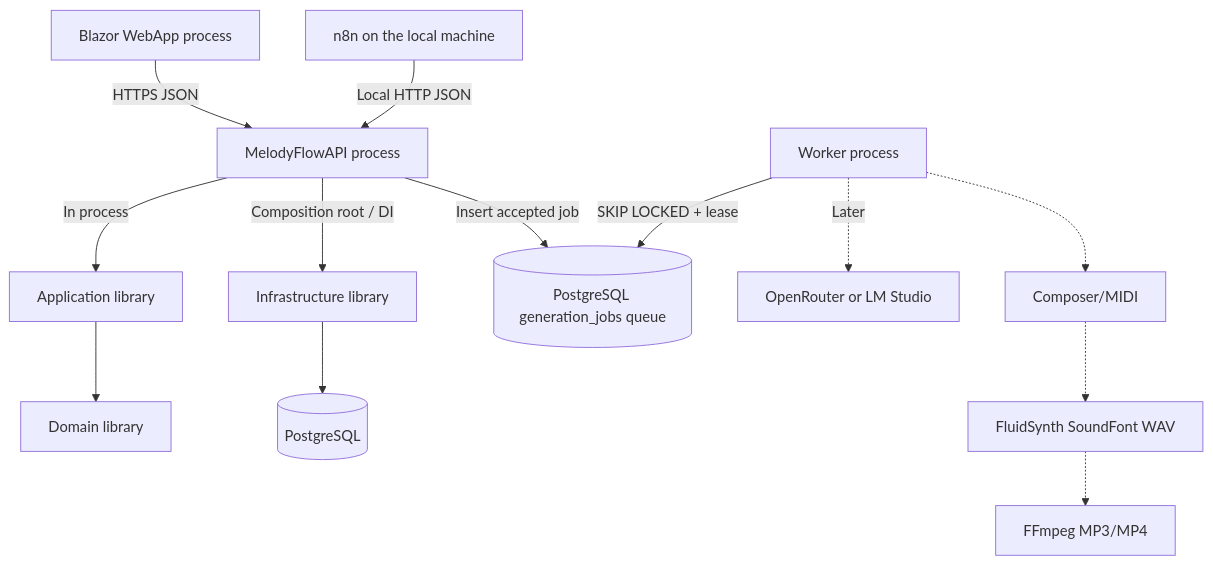
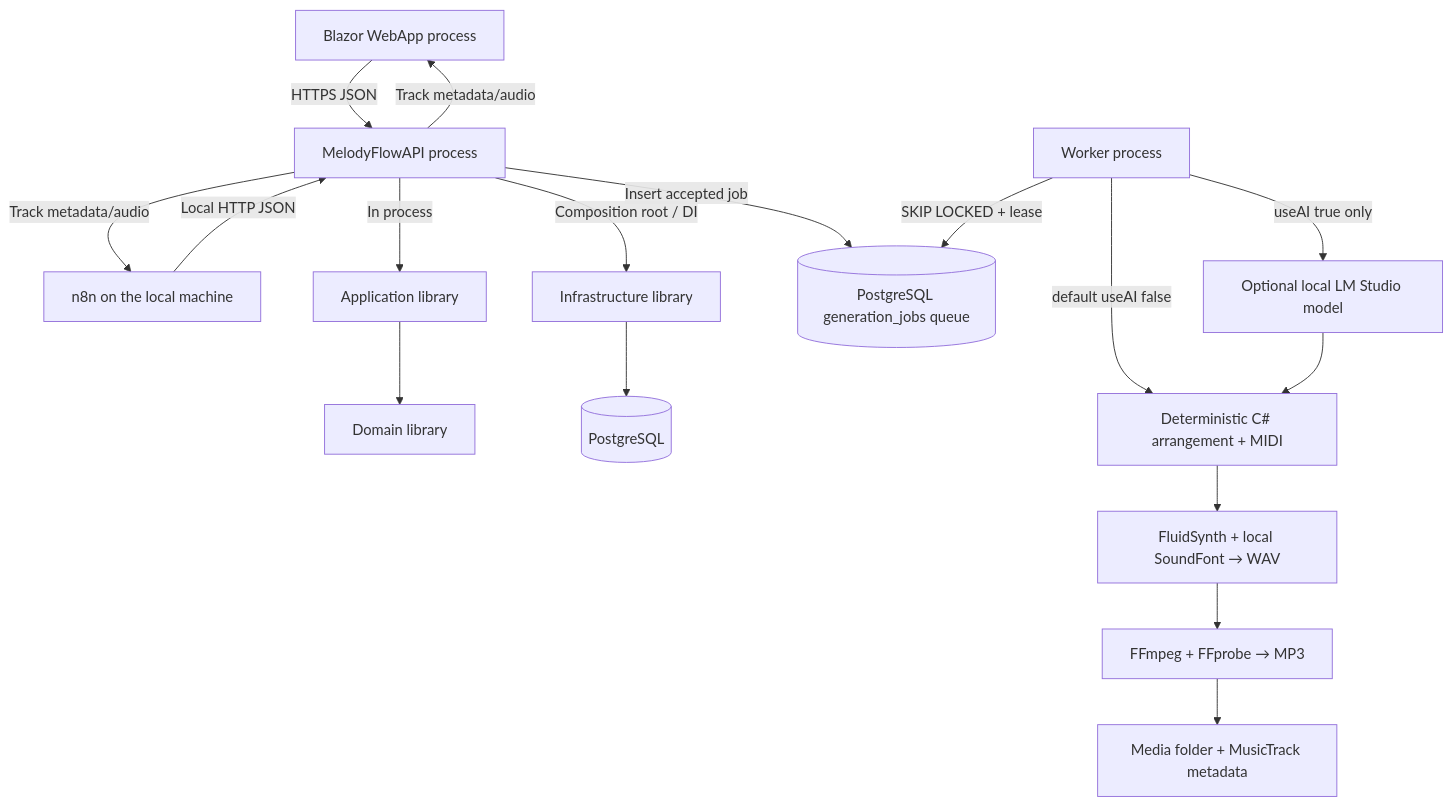
Before and after one commit to JoseCalderon18/MelodyFlow: the diagram in docs/ARCHITECTURE.md, drawn with Mermaid. The commit also changed other lines of this file and 101 other files, not shown here.

````diff
--- a/docs/ARCHITECTURE.md
+++ b/docs/ARCHITECTURE.md
@@ -5,15 +5,19 @@
 ```mermaid
 flowchart TD
   UI[Blazor WebApp process] -->|HTTPS JSON| API[MelodyFlowAPI process]
   N[n8n on the local machine] -->|Local HTTP JSON| API
   API -->|In process| A[Application library]
   A --> D[Domain library]
   API -->|Composition root / DI| I[Infrastructure library]
   I --> PG[(PostgreSQL)]
   API -->|Insert accepted job| Q[(PostgreSQL generation_jobs queue)]
   W[Worker process] -->|SKIP LOCKED + lease| Q
-  W -.->|Later| L[OpenRouter or LM Studio]
-  W -.-> MIDI[Composer/MIDI]
-  MIDI -.-> FS[FluidSynth SoundFont WAV]
-  FS -.-> FF[FFmpeg MP3/MP4]
+  W -->|useAI true only| L[Optional local LM Studio model]
+  W -->|default useAI false| MIDI[Deterministic C# arrangement + MIDI]
+  L --> MIDI
+  MIDI --> FS[FluidSynth + local SoundFont → WAV]
+  FS --> FF[FFmpeg + FFprobe → MP3]
+  FF --> MS[Media folder + MusicTrack metadata]
+  API -->|Track metadata/audio| UI
+  API -->|Track metadata/audio| N
 ```
````
